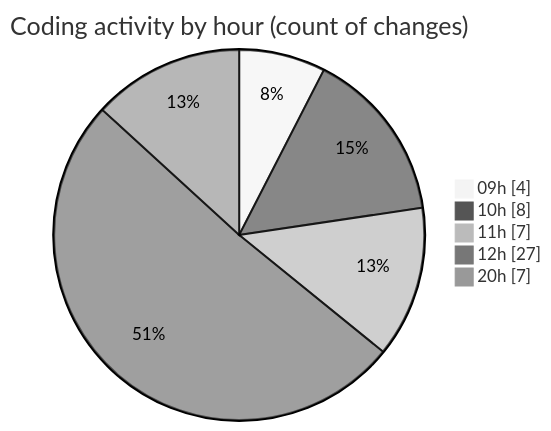
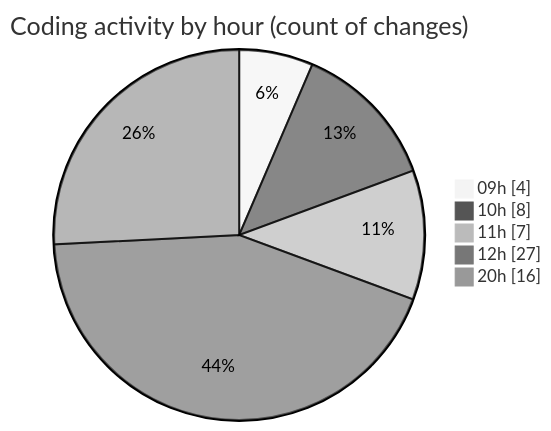
Before and after one commit to momahboobian/code-tracking: the second of 2 diagrams in 2026-08-03/cda/README.md, drawn with Mermaid (neutral theme). The commit also changed other lines of this file and 1 other file, not shown here.

````diff
--- a/2026-08-03/cda/README.md
+++ b/2026-08-03/cda/README.md
@@ -42,9 +44,9 @@
 ```mermaid
 pie showData
 title Coding activity by hour (count of changes)
 "09h" : 4
 "10h" : 8
 "11h" : 7
 "12h" : 27
-"20h" : 7
+"20h" : 16
 ```
````
